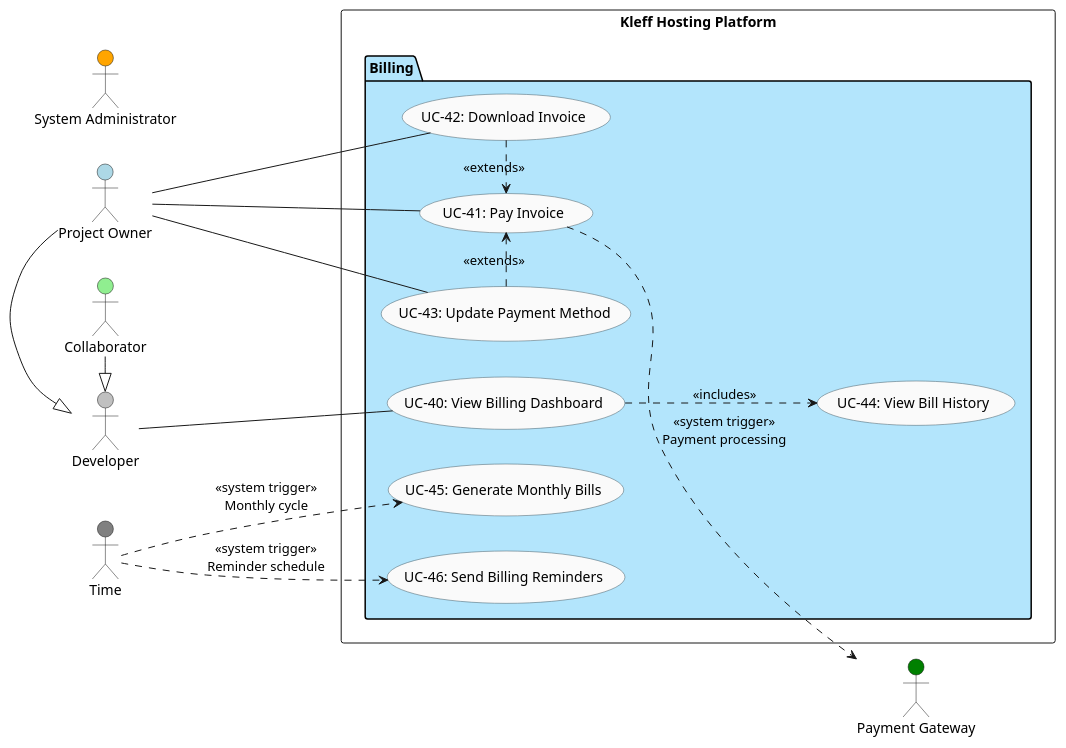
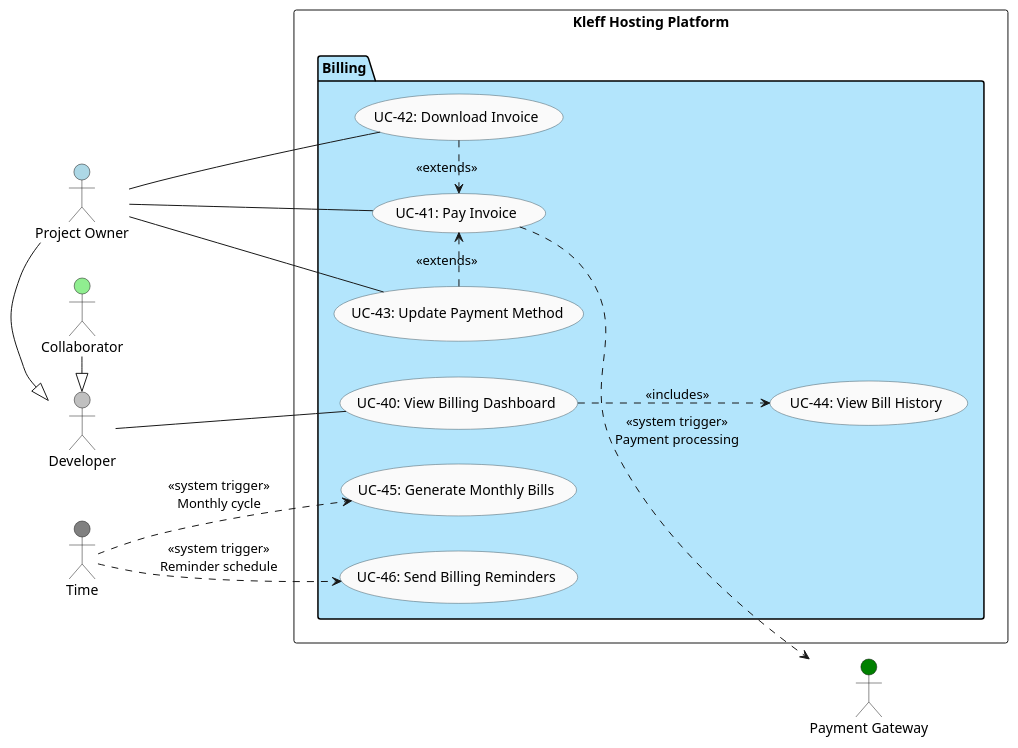
Before and after one commit to kleffio/.github: the diagram in docs/Billing/BillingUseCase.puml, drawn with PlantUML. The commit also changed 9 other files, not shown here.

Commit message:
Updated diagrams to include new workspace bounded context

```diff
--- a/docs/Billing/BillingUseCase.puml
+++ b/docs/Billing/BillingUseCase.puml
@@ -1,57 +1,56 @@
 @startuml Kleff Hosting - Billing Use Cases
 left to right direction
 skinparam shadowing false
 skinparam usecase {
   BackgroundColor #FAFAFA
   BorderColor #455A64
   RoundCorner 14
 }
 
 ' ==== Actors ====
 actor "Developer" as AuthUser #silver
 actor "Project Owner" as Owner #lightblue
 actor "Collaborator" as Collab #lightgreen
-actor "System Administrator" as Admin #orange
 actor "Payment Gateway" as Payment #green
 actor "Time" as TimeActor #gray
 
 Owner -|> AuthUser
 Collab -|> AuthUser
 
 rectangle "Kleff Hosting Platform" {
 
   package "Billing" #B3E5FC {
     usecase "UC-40: View Billing Dashboard" as UC40
     usecase "UC-41: Pay Invoice" as UC41
     usecase "UC-42: Download Invoice" as UC42
     usecase "UC-43: Update Payment Method" as UC43
     usecase "UC-44: View Bill History" as UC44
 
     ' NEW Automatic time-based billing use cases
     usecase "UC-45: Generate Monthly Bills" as UC45
     usecase "UC-46: Send Billing Reminders" as UC46
   }
 }
 
 ' ==== Actor Relationships ====
 AuthUser -- UC40
 
 Owner -- UC41
 Owner -- UC42
 Owner -- UC43
 
 ' ==== Time-based System Triggers ====
 TimeActor ..> UC45 : <<system trigger>>\nMonthly cycle
 TimeActor ..> UC46 : <<system trigger>>\nReminder schedule
 
 ' ==== External System Trigger ====
 UC41 ..> Payment : <<system trigger>>\nPayment processing
 
 ' ==== EXTENDS ====
 UC42 .> UC41 : <<extends>>
 UC43 .> UC41 : <<extends>>
 
 ' ==== INCLUDES ====
 UC40 ..> UC44 : <<includes>>
 
 @enduml
```
